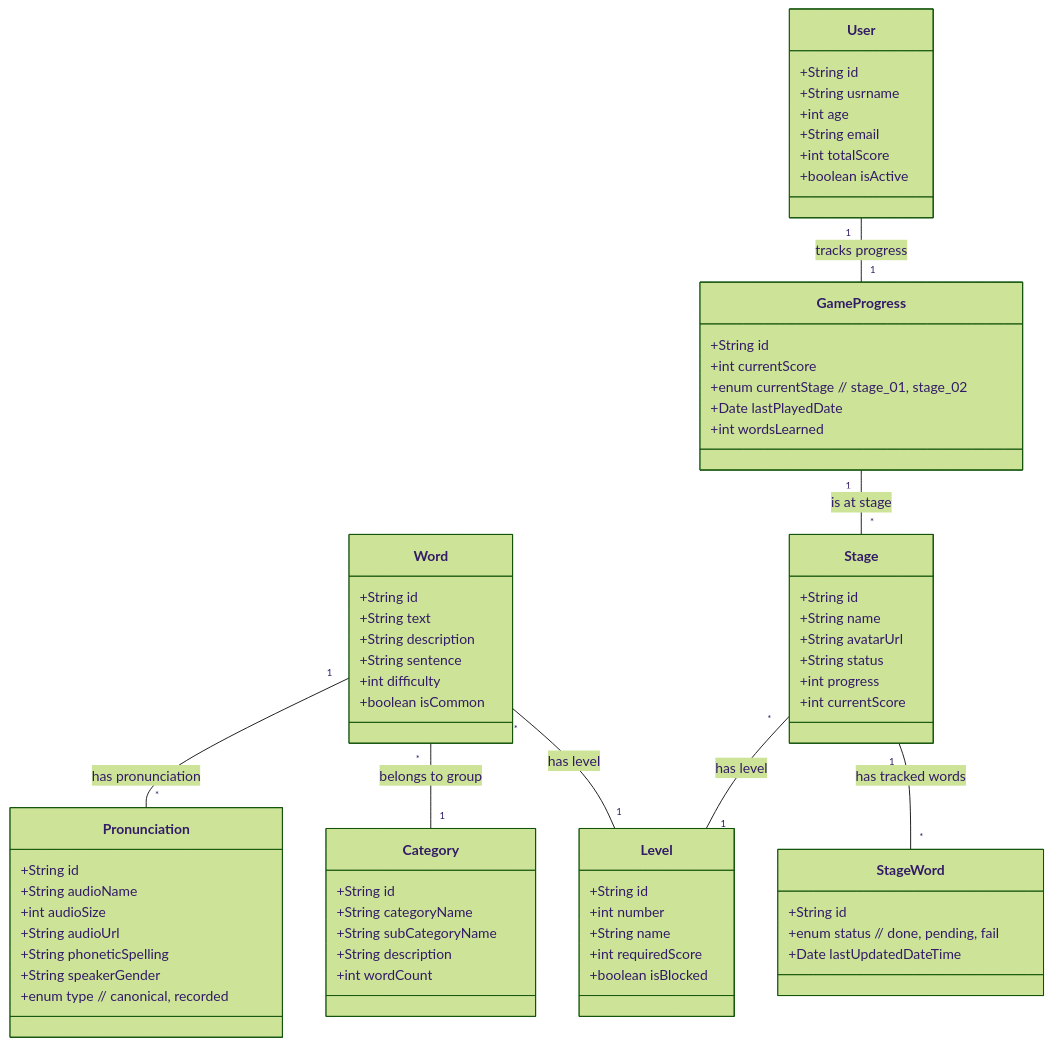
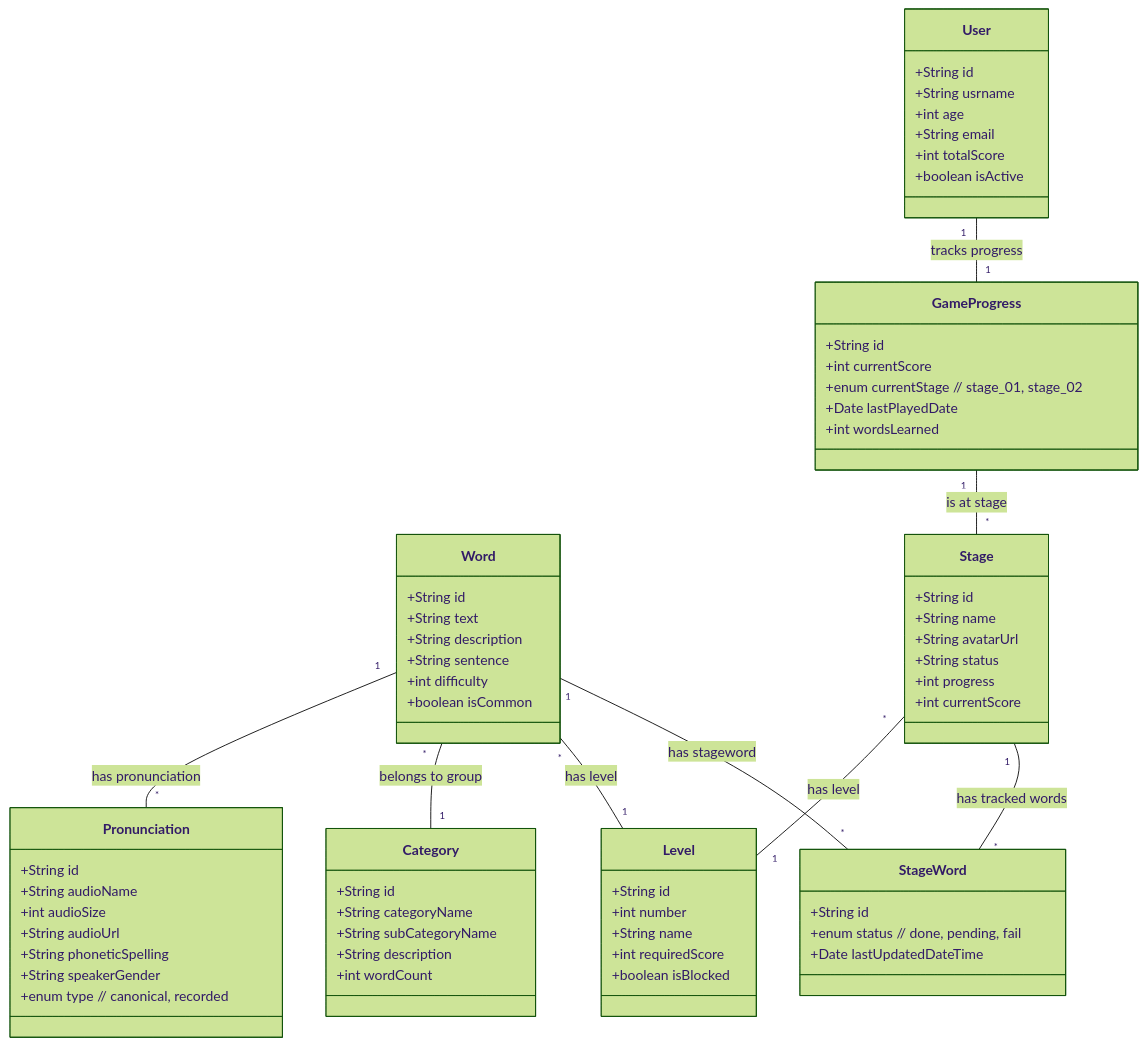
Before and after one commit to emsmccoy/pronunciationApp: the diagram in backend/resources/jpa/model/pronunciationApp-v0.2-model-2.md, drawn with Mermaid (forest theme). The commit also changed other lines of this file, not shown here.

````diff
--- a/backend/resources/jpa/model/pronunciationApp-v0.2-model-2.md
+++ b/backend/resources/jpa/model/pronunciationApp-v0.2-model-2.md
@@ -19,71 +21,72 @@
 ```mermaid
 classDiagram
     class User {
         +String id
         +String usrname
         +int age
         +String email
         +int totalScore
         +boolean isActive
     }
     class Word {
         +String id
         +String text
         +String description
         +String sentence
         +int difficulty
         +boolean isCommon
     }
     class Pronunciation {
         +String id
         +String audioName
         +int audioSize
         +String audioUrl
         +String phoneticSpelling
         +String speakerGender
         +enum type  // canonical, recorded 
     }
     class Level {
         +String id
         +int number
         +String name
         +int requiredScore
         +boolean isBlocked
     }
     class Category {
         +String id
         +String categoryName
         +String subCategoryName
         +String description
         +int wordCount
     }
     class GameProgress {
         +String id
         +int currentScore
         +enum currentStage  // stage_01, stage_02 
         +Date lastPlayedDate
         +int wordsLearned
     }
     class Stage {
         +String id
         +String name
         +String avatarUrl
         +String status
         +int progress
         +int currentScore
     }
     class StageWord {
         +String id
         +enum status  // done, pending, fail 
         +Date lastUpdatedDateTime
     }
 
 
     User "1" -- "1" GameProgress : tracks progress
     Word "1" -- "*" Pronunciation : has pronunciation
     Word "*" -- "1" Category : belongs to group
     Word "*" -- "1" Level : has level
     GameProgress "1" -- "*" Stage : is at stage
     Stage "*" -- "1" Level : has level
     Stage "1" -- "*" StageWord : has tracked words
+    Word "1" -- "*" StageWord : has stageword
 ```
````
